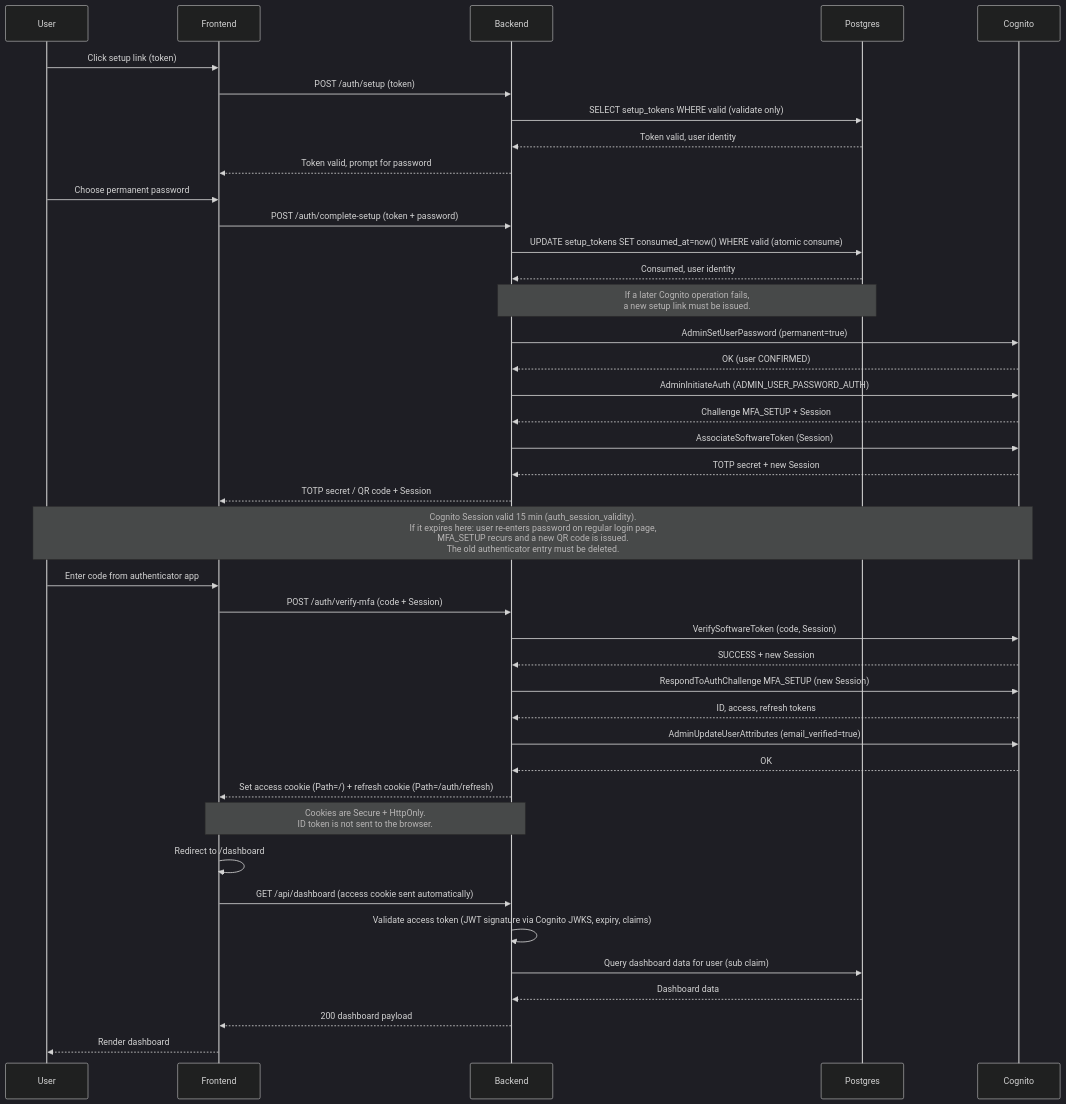
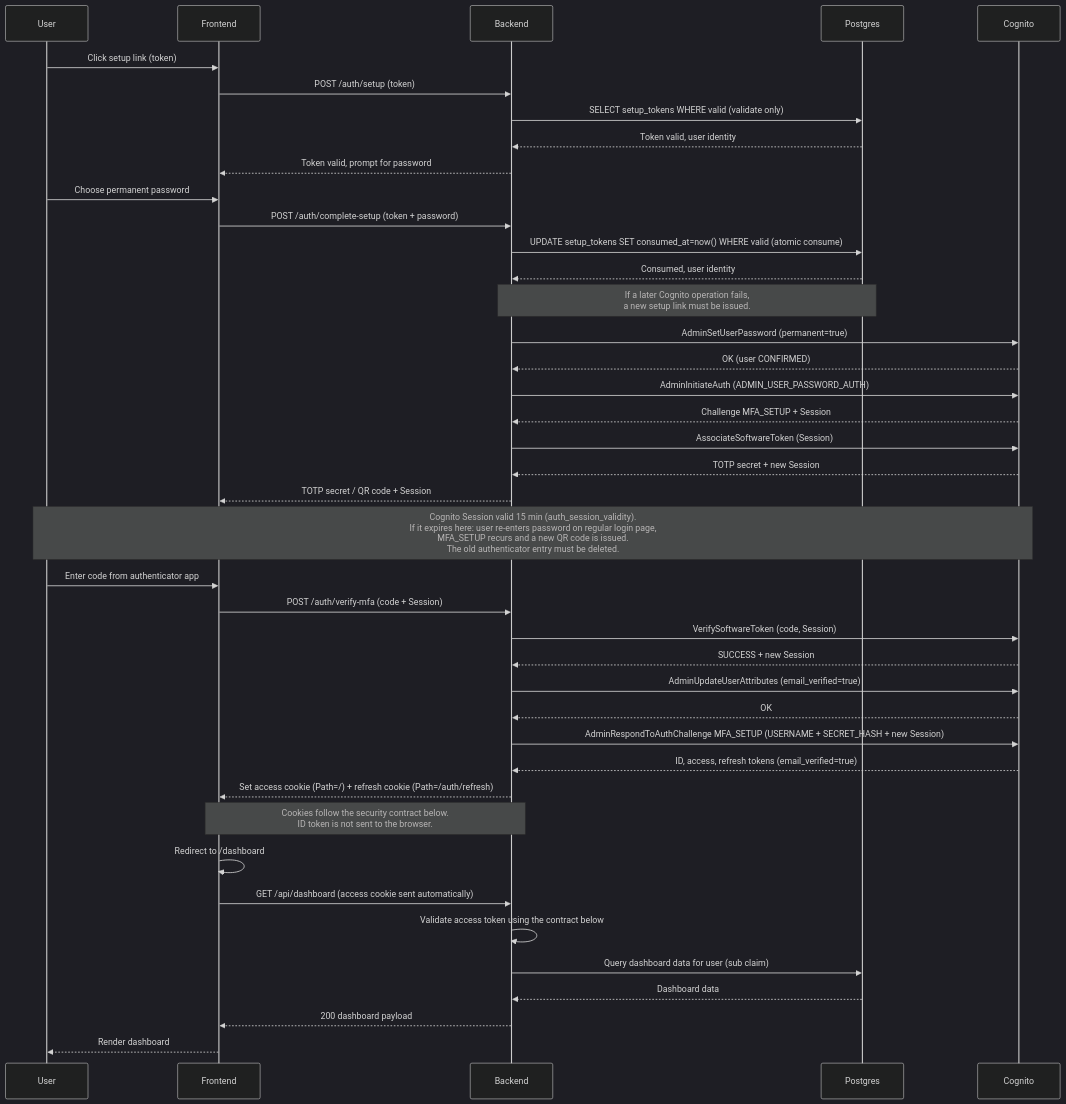
Before and after one commit to ditnice/aws-UKPS: the second of 4 diagrams in documentation/auth/sequences.md, drawn with Mermaid (dark theme). The commit also changed other lines of this file and 8 other files, not shown here.

Commit message:
Fix Cognito auth flow and security controls

````diff
--- a/documentation/auth/sequences.md
+++ b/documentation/auth/sequences.md
@@ -34,43 +34,43 @@
 ```mermaid
 sequenceDiagram
     participant U as User
     participant F as Frontend
     participant B as Backend
     participant P as Postgres
     participant C as Cognito
     U->>F: Click setup link (token)
     F->>B: POST /auth/setup (token)
     B->>P: SELECT setup_tokens WHERE valid (validate only)
     P-->>B: Token valid, user identity
     B-->>F: Token valid, prompt for password
     U->>F: Choose permanent password
     F->>B: POST /auth/complete-setup (token + password)
     B->>P: UPDATE setup_tokens SET consumed_at=now() WHERE valid (atomic consume)
     P-->>B: Consumed, user identity
     Note over B,P: If a later Cognito operation fails,<br/>a new setup link must be issued.
     B->>C: AdminSetUserPassword (permanent=true)
     C-->>B: OK (user CONFIRMED)
     B->>C: AdminInitiateAuth (ADMIN_USER_PASSWORD_AUTH)
     C-->>B: Challenge MFA_SETUP + Session
     B->>C: AssociateSoftwareToken (Session)
     C-->>B: TOTP secret + new Session
     B-->>F: TOTP secret / QR code + Session
     Note over U,C: Cognito Session valid 15 min (auth_session_validity).<br/>If it expires here: user re-enters password on regular login page,<br/>MFA_SETUP recurs and a new QR code is issued.<br/>The old authenticator entry must be deleted.
     U->>F: Enter code from authenticator app
     F->>B: POST /auth/verify-mfa (code + Session)
     B->>C: VerifySoftwareToken (code, Session)
     C-->>B: SUCCESS + new Session
-    B->>C: RespondToAuthChallenge MFA_SETUP (new Session)
-    C-->>B: ID, access, refresh tokens
     B->>C: AdminUpdateUserAttributes (email_verified=true)
     C-->>B: OK
+    B->>C: AdminRespondToAuthChallenge MFA_SETUP (USERNAME + SECRET_HASH + new Session)
+    C-->>B: ID, access, refresh tokens (email_verified=true)
     B-->>F: Set access cookie (Path=/) + refresh cookie (Path=/auth/refresh)
-    Note over B,F: Cookies are Secure + HttpOnly.<br/>ID token is not sent to the browser.
+    Note over B,F: Cookies follow the security contract below.<br/>ID token is not sent to the browser.
     F->>F: Redirect to /dashboard
     F->>B: GET /api/dashboard (access cookie sent automatically)
-    B->>B: Validate access token (JWT signature via Cognito JWKS, expiry, claims)
+    B->>B: Validate access token using the contract below
     B->>P: Query dashboard data for user (sub claim)
     P-->>B: Dashboard data
     B-->>F: 200 dashboard payload
     F-->>U: Render dashboard
 ```
````
